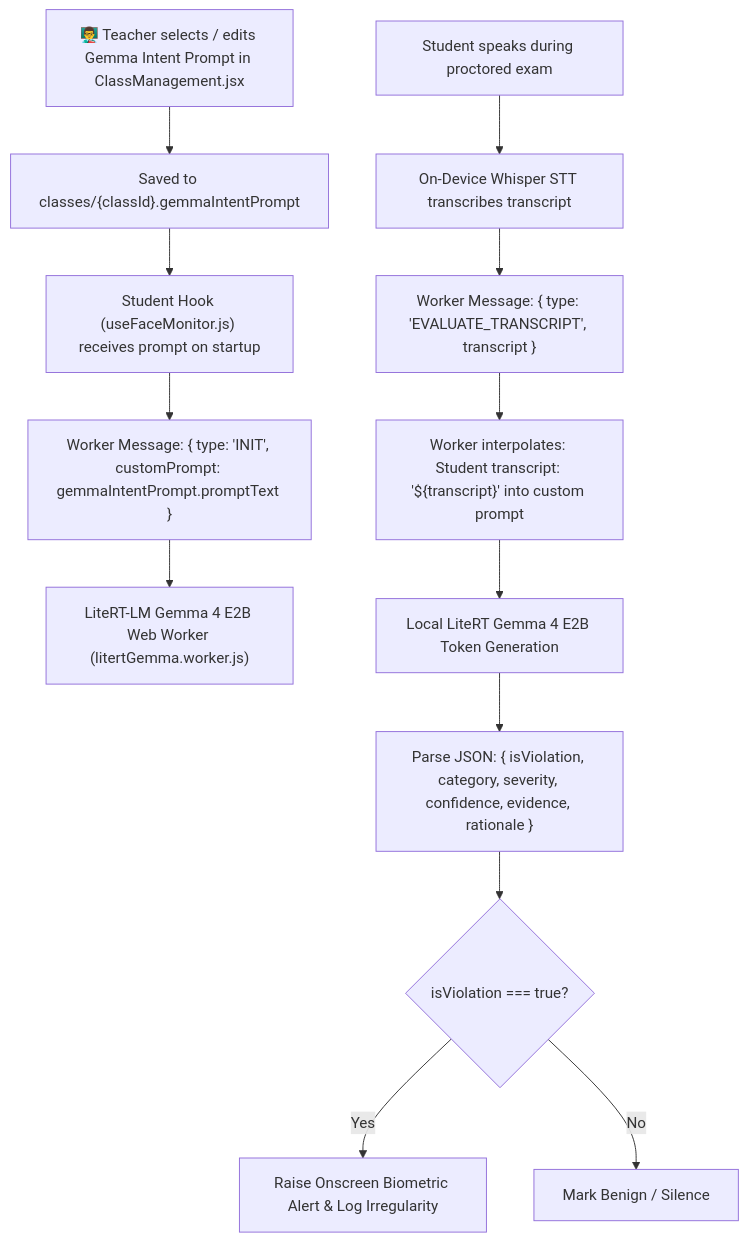
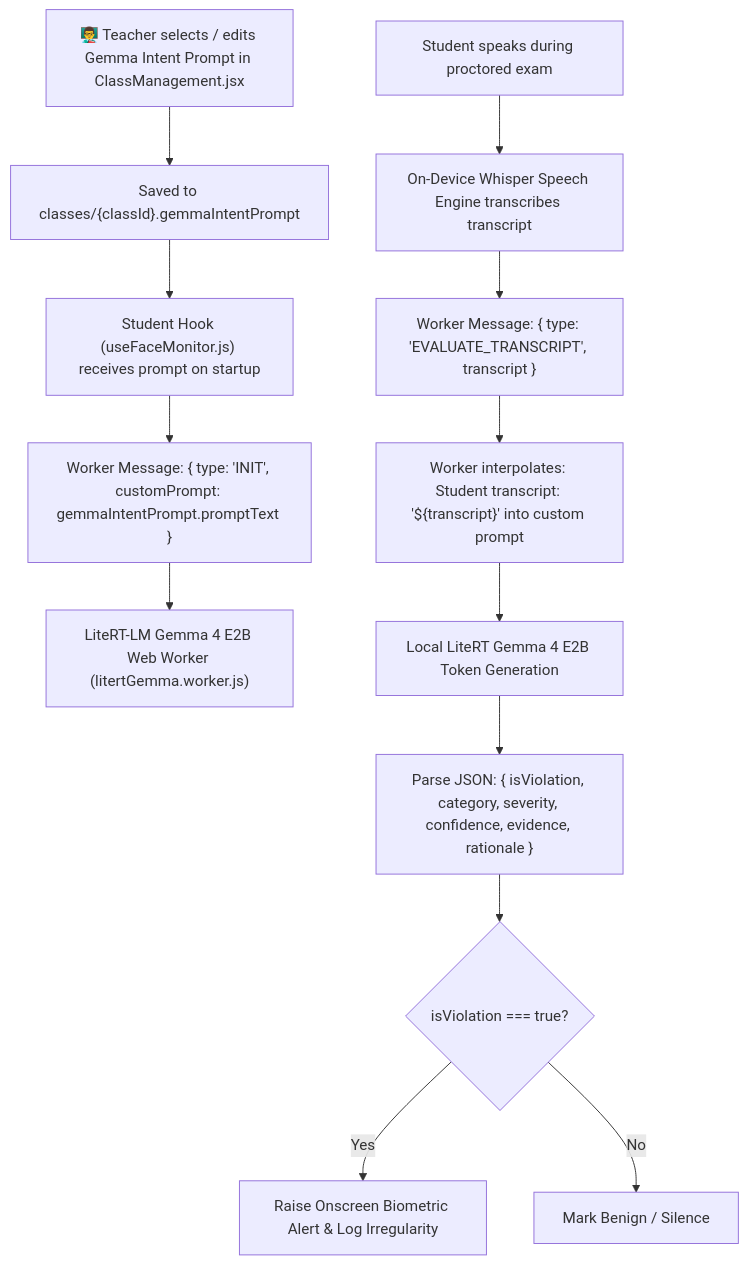
The third of 5 diagrams in docs/teacher-ai-prompt-configuration-guide.md (wongcyrus/Google-AI-Classroom), drawn with Mermaid before and after one commit. The commit also changed other lines of this file and 44 other files, not shown here.

````diff
--- a/docs/teacher-ai-prompt-configuration-guide.md
+++ b/docs/teacher-ai-prompt-configuration-guide.md
@@ -123,16 +123,16 @@
 ```mermaid
 flowchart TD
     Teacher["👨‍🏫 Teacher selects / edits Gemma Intent Prompt in ClassManagement.jsx"] --> SaveDoc["Saved to classes/{classId}.gemmaIntentPrompt"]
     SaveDoc --> Hook["Student Hook (useFaceMonitor.js) receives prompt on startup"]
     Hook --> WorkerInit["Worker Message: { type: 'INIT', customPrompt: gemmaIntentPrompt.promptText }"]
     WorkerInit --> Worker["LiteRT-LM Gemma 4 E2B Web Worker (litertGemma.worker.js)"]
     
-    StudentSpeech["Student speaks during proctored exam"] --> Whisper["On-Device Whisper STT transcribes transcript"]
+    StudentSpeech["Student speaks during proctored exam"] --> Whisper["On-Device Whisper Speech Engine transcribes transcript"]
     Whisper --> WorkerEval["Worker Message: { type: 'EVALUATE_TRANSCRIPT', transcript }"]
     WorkerEval --> PromptBuild["Worker interpolates: Student transcript: '${transcript}' into custom prompt"]
     PromptBuild --> GemmaInference["Local LiteRT Gemma 4 E2B Token Generation"]
     GemmaInference --> JSONParse["Parse JSON: { isViolation, category, severity, confidence, evidence, rationale }"]
     JSONParse --> ViolationCheck{"isViolation === true?"}
     ViolationCheck -- Yes --> Alert["Raise Onscreen Biometric Alert & Log Irregularity"]
     ViolationCheck -- No --> Pass["Mark Benign / Silence"]
 ```
````
